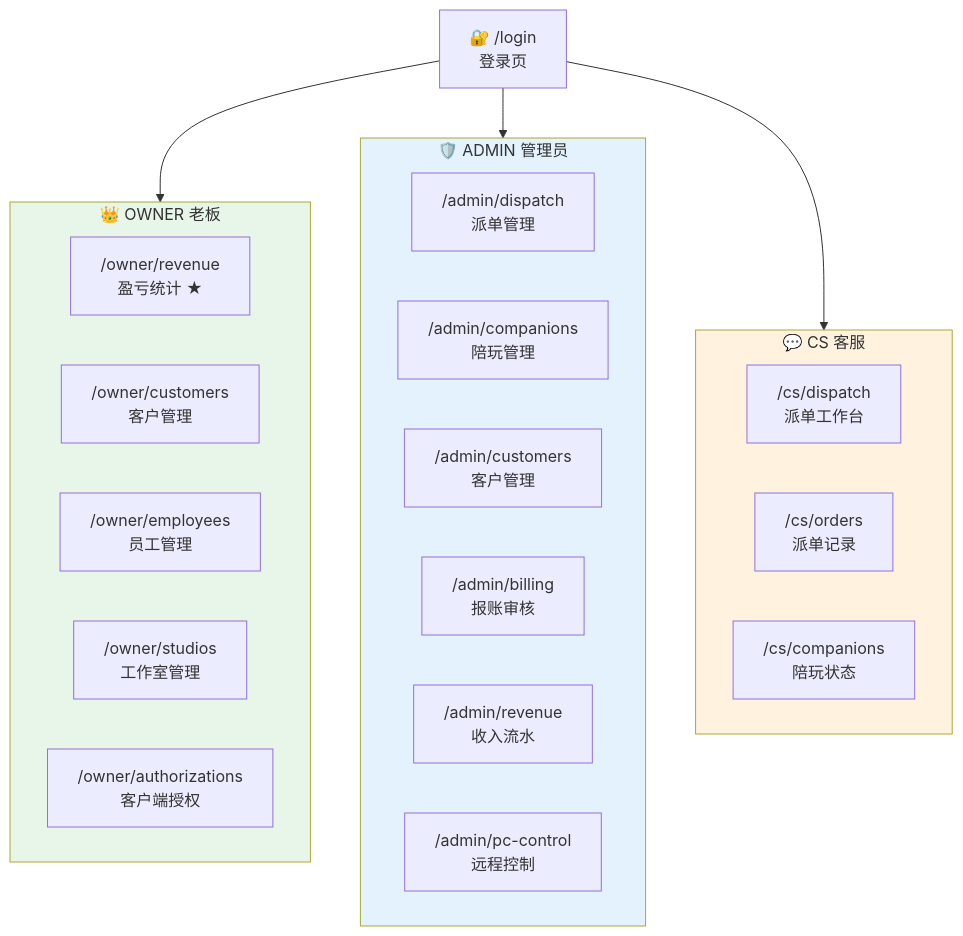
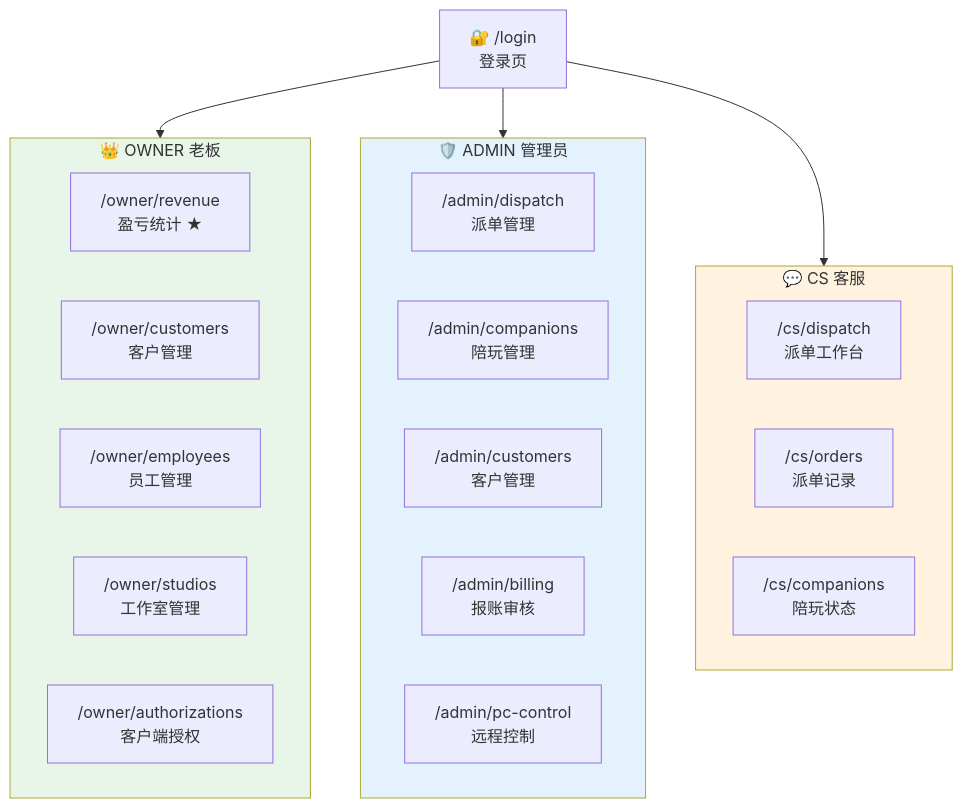
The seventh of 10 diagrams in docs/ARCHITECTURE.md (jonell/game-workspace), drawn with Mermaid before and after one commit. The commit also changed other lines of this file and 59 other files, not shown here.

````diff
--- a/docs/ARCHITECTURE.md
+++ b/docs/ARCHITECTURE.md
@@ -241,35 +240,34 @@
 ```mermaid
 graph TB
     LOGIN["🔐 /login<br/>登录页"]
 
     LOGIN --> OWNER
     LOGIN --> ADMIN
     LOGIN --> CS
 
     subgraph OWNER["👑 OWNER 老板"]
         O1["/owner/revenue<br/>盈亏统计 ★"]
         O2["/owner/customers<br/>客户管理"]
         O3["/owner/employees<br/>员工管理"]
         O4["/owner/studios<br/>工作室管理"]
         O5["/owner/authorizations<br/>客户端授权"]
     end
 
     subgraph ADMIN["🛡️ ADMIN 管理员"]
         A1["/admin/dispatch<br/>派单管理"]
         A2["/admin/companions<br/>陪玩管理"]
         A3["/admin/customers<br/>客户管理"]
         A4["/admin/billing<br/>报账审核"]
-        A5["/admin/revenue<br/>收入流水"]
-        A6["/admin/pc-control<br/>远程控制"]
+        A5["/admin/pc-control<br/>远程控制"]
     end
 
     subgraph CS["💬 CS 客服"]
         C1["/cs/dispatch<br/>派单工作台"]
         C2["/cs/orders<br/>派单记录"]
         C3["/cs/companions<br/>陪玩状态"]
     end
 
     style OWNER fill:#e8f5e9
     style ADMIN fill:#e3f2fd
     style CS fill:#fff3e0
 ```
````
